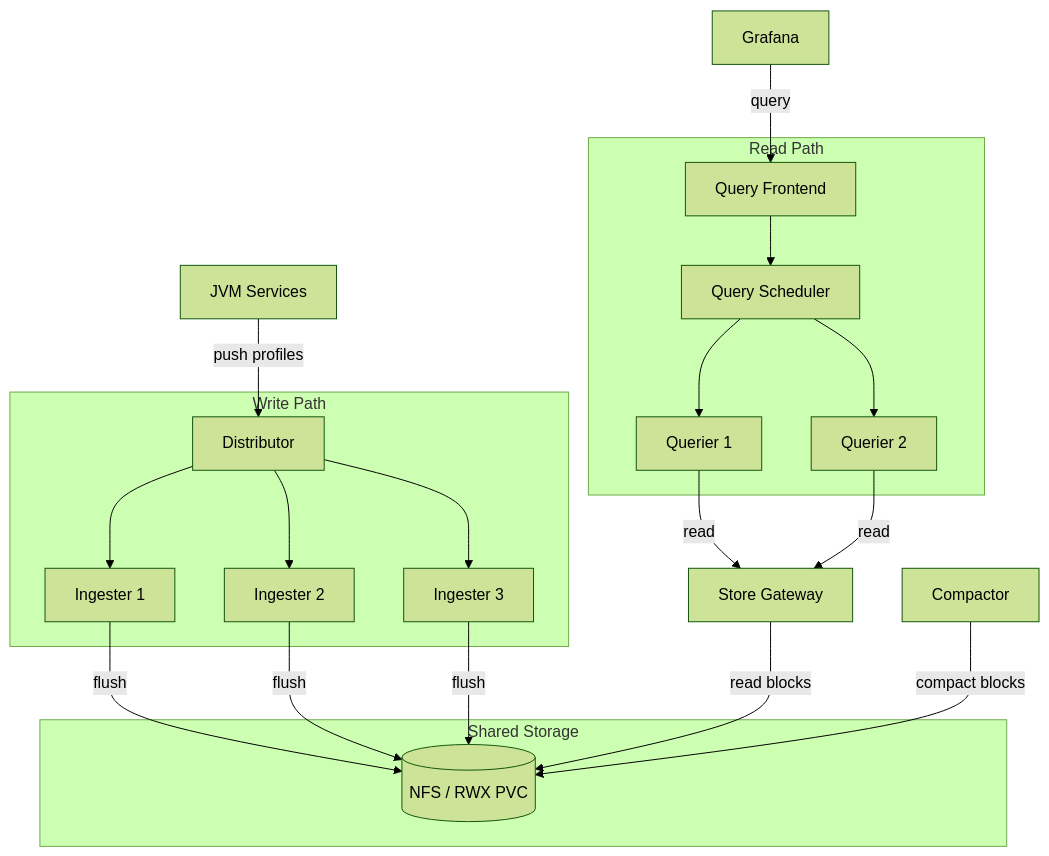
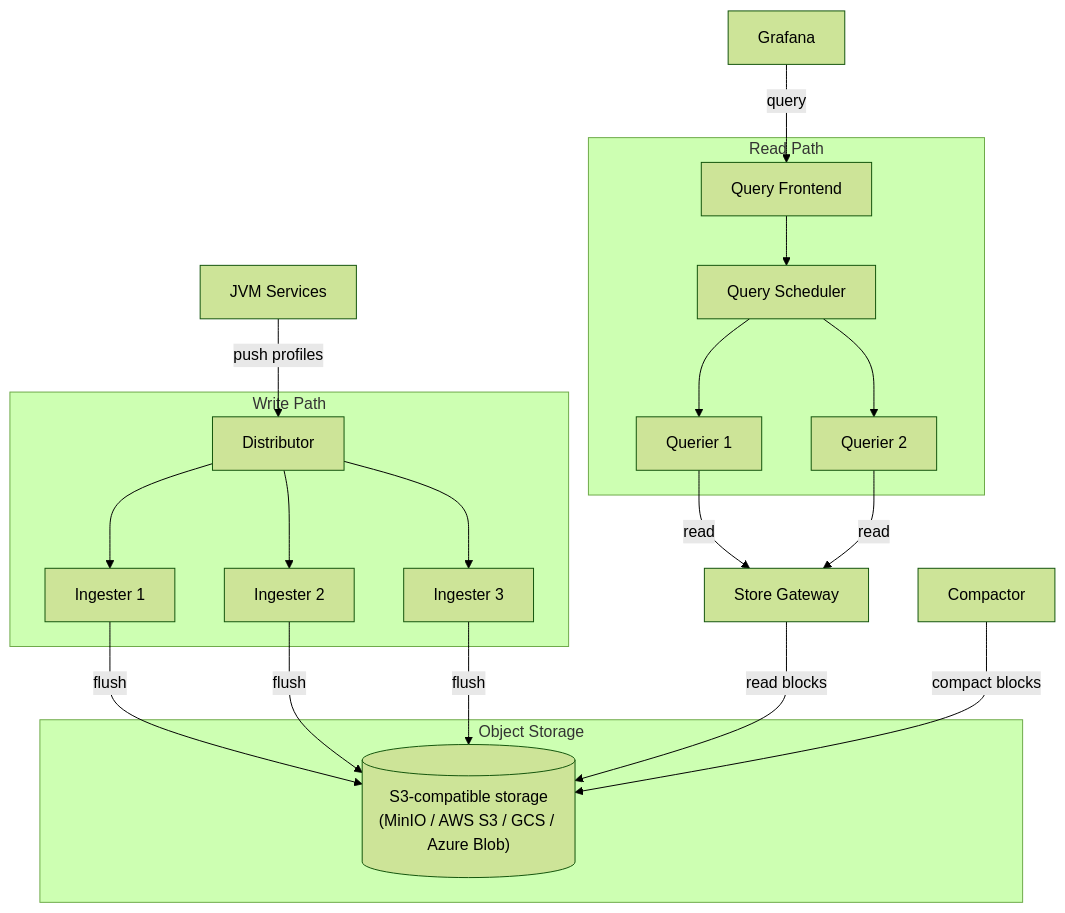
Before and after one commit to aff0gat000/pyroscope: diagram 12 of 15 in docs/deployment-guide.md, drawn with Mermaid (forest theme). The commit also changed other lines of this file and 13 other files, not shown here.

````diff
--- a/docs/deployment-guide.md
+++ b/docs/deployment-guide.md
@@ -1443,32 +1443,32 @@
 ```mermaid
 graph TB
     SDK[JVM Services] -->|push profiles| DIST[Distributor]
     G[Grafana] -->|query| QF[Query Frontend]
 
     subgraph Write Path
         DIST --> ING1[Ingester 1]
         DIST --> ING2[Ingester 2]
         DIST --> ING3[Ingester 3]
     end
 
     subgraph Read Path
         QF --> QS[Query Scheduler]
         QS --> Q1[Querier 1]
         QS --> Q2[Querier 2]
     end
 
     SG[Store Gateway]
     C[Compactor]
 
-    subgraph Shared Storage
-        NFS[("NFS / RWX PVC")]
+    subgraph Object Storage
+        S3[("S3-compatible storage<br/>(MinIO / AWS S3 / GCS / Azure Blob)")]
     end
 
-    ING1 -->|flush| NFS
-    ING2 -->|flush| NFS
-    ING3 -->|flush| NFS
+    ING1 -->|flush| S3
+    ING2 -->|flush| S3
+    ING3 -->|flush| S3
     Q1 -->|read| SG
     Q2 -->|read| SG
-    SG -->|read blocks| NFS
-    C -->|compact blocks| NFS
+    SG -->|read blocks| S3
+    C -->|compact blocks| S3
 ```
````
